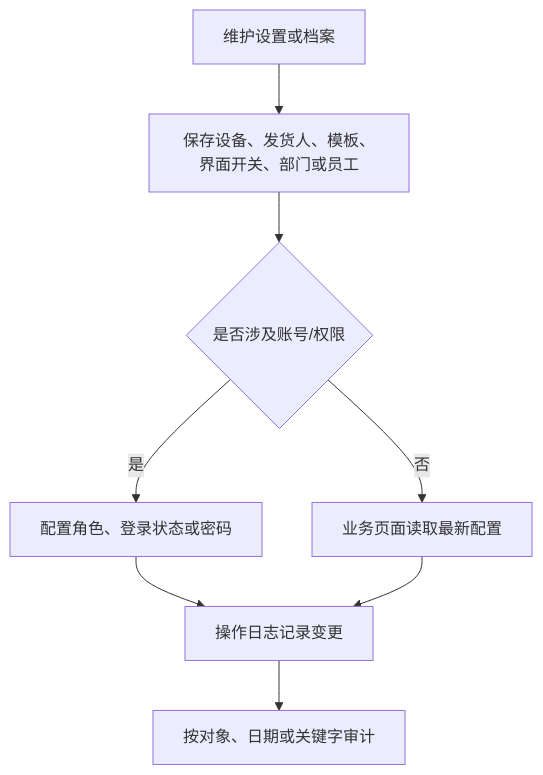
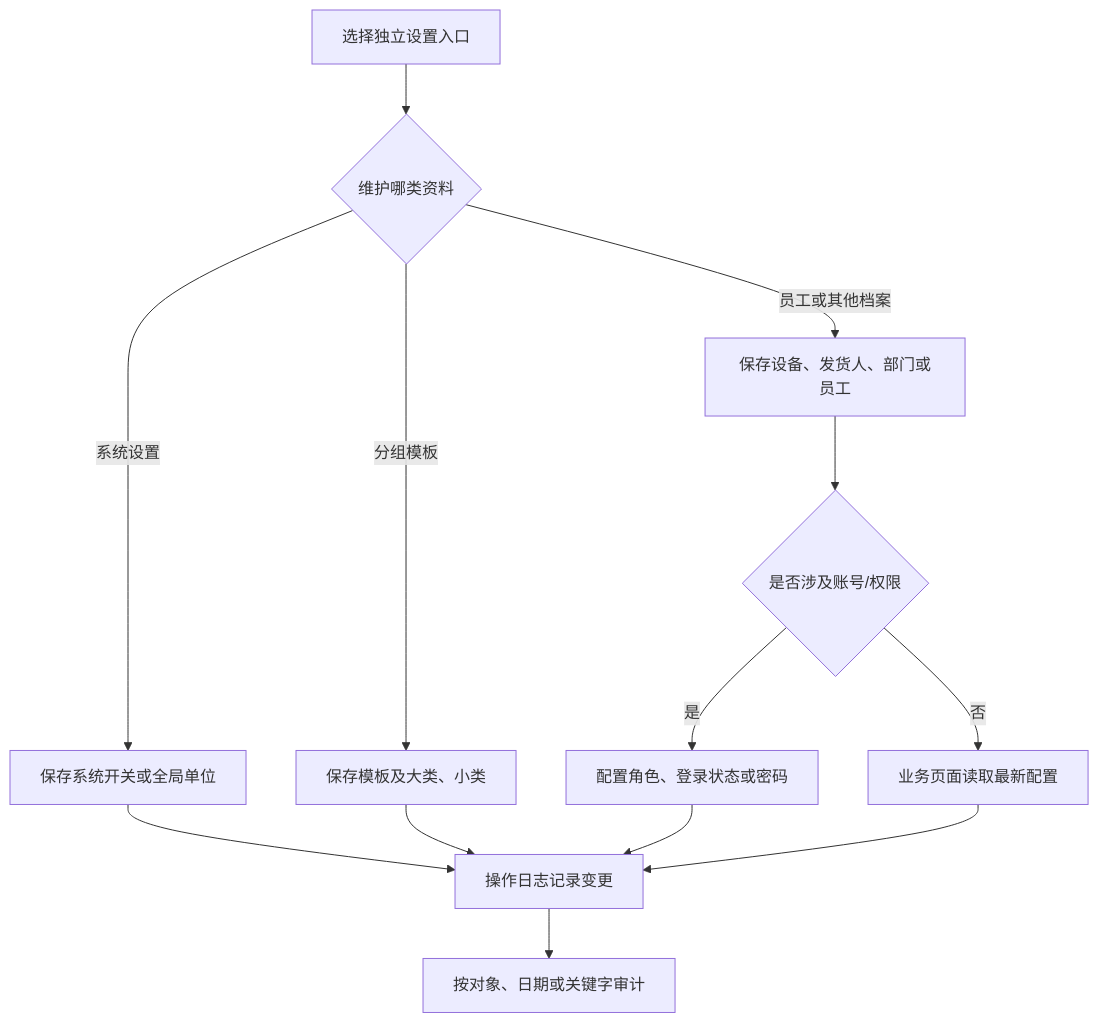
Before and after one commit to Backstage2539/KFerp: the diagram in orderapp-remote/docs/OP_MANUAL_SETTINGS_AUDIT.md, drawn with Mermaid. The commit also changed other lines of this file and 20 other files, not shown here.

````diff
--- a/orderapp-remote/docs/OP_MANUAL_SETTINGS_AUDIT.md
+++ b/orderapp-remote/docs/OP_MANUAL_SETTINGS_AUDIT.md
@@ -12,10 +12,15 @@
 ```mermaid
 flowchart TD
-  A["维护设置或档案"] --> B["保存设备、发货人、模板、界面开关、部门或员工"]
-  B --> C{"是否涉及账号/权限"}
-  C -->|是| D["配置角色、登录状态或密码"]
-  C -->|否| E["业务页面读取最新配置"]
-  D --> F["操作日志记录变更"]
-  E --> F
-  F --> G["按对象、日期或关键字审计"]
+  A["选择独立设置入口"] --> B{"维护哪类资料"}
+  B -->|系统设置| C["保存系统开关或全局单位"]
+  B -->|分组模板| D["保存模板及大类、小类"]
+  B -->|员工或其他档案| E["保存设备、发货人、部门或员工"]
+  E --> F{"是否涉及账号/权限"}
+  F -->|是| G["配置角色、登录状态或密码"]
+  F -->|否| H["业务页面读取最新配置"]
+  C --> I["操作日志记录变更"]
+  D --> I
+  G --> I
+  H --> I
+  I --> J["按对象、日期或关键字审计"]
 ```
````
